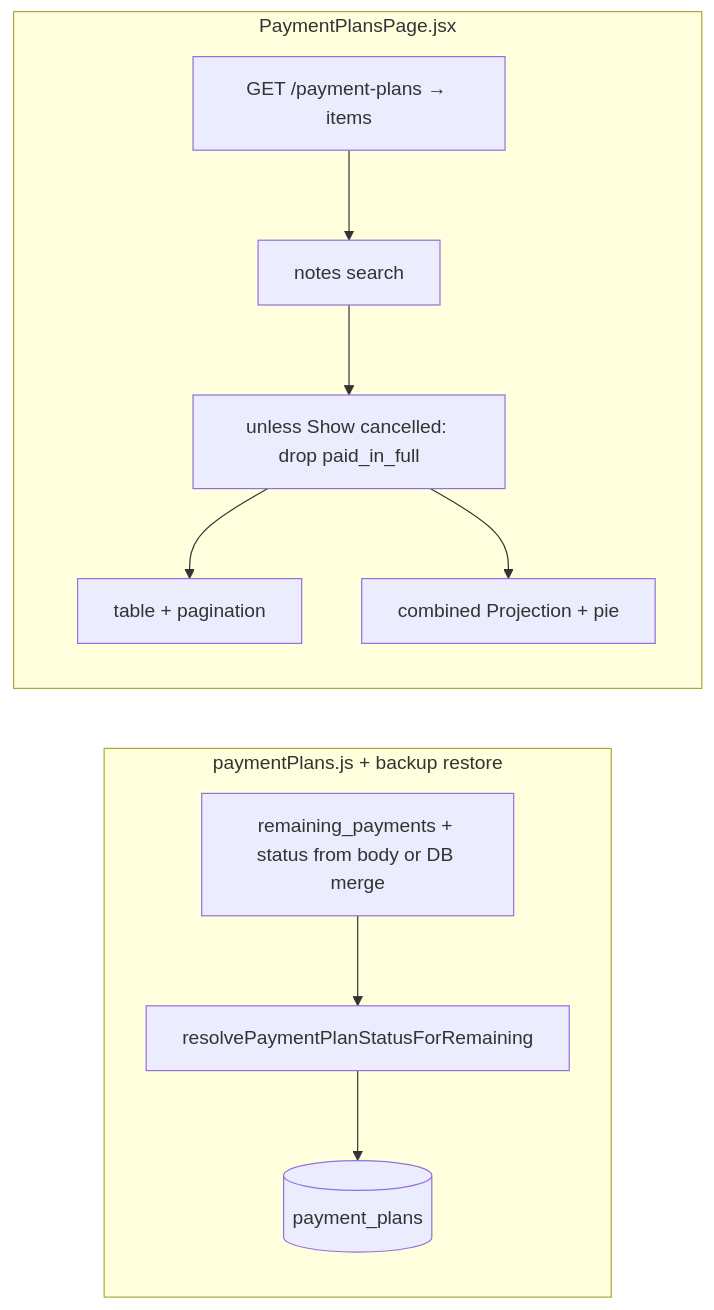
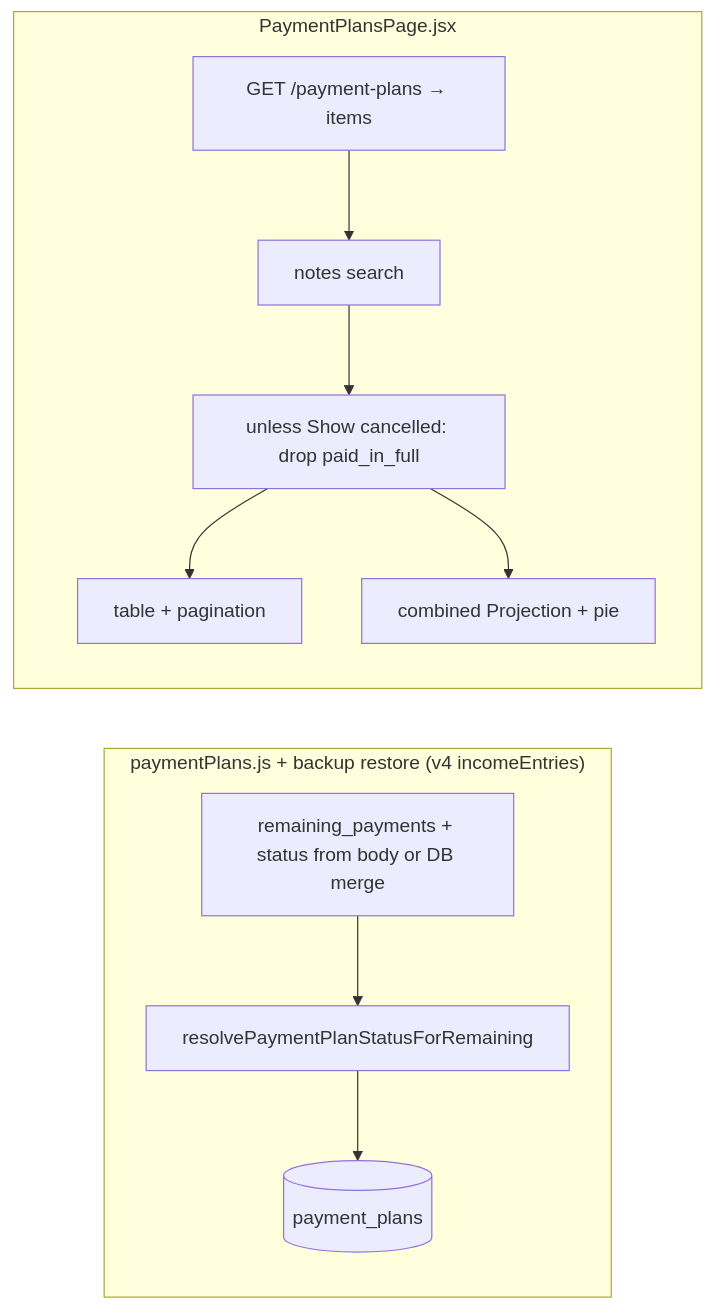
Before and after one commit to becomeonewiththecode/expense_tracker: diagram 13 of 20 in docs/ARCHITECTURE_DIAGRAM.md, drawn with Mermaid. The commit also changed other lines of this file and 59 other files, not shown here.

````diff
--- a/docs/ARCHITECTURE_DIAGRAM.md
+++ b/docs/ARCHITECTURE_DIAGRAM.md
@@ -464,15 +494,15 @@
 ```mermaid
 flowchart LR
-  subgraph SRV["paymentPlans.js + backup restore"]
+  subgraph SRV["paymentPlans.js + backup restore (v4 incomeEntries)"]
     RP[remaining_payments + status from body or DB merge]
     RES[resolvePaymentPlanStatusForRemaining]
     RP --> RES --> DB[(payment_plans)]
   end
   subgraph CL["PaymentPlansPage.jsx"]
     GET[GET /payment-plans → items]
     SCH[notes search]
     HID["unless Show cancelled: drop paid_in_full"]
     GET --> SCH --> HID --> TBL[table + pagination]
     HID --> PRJ[combined Projection + pie]
   end
 ```
````
